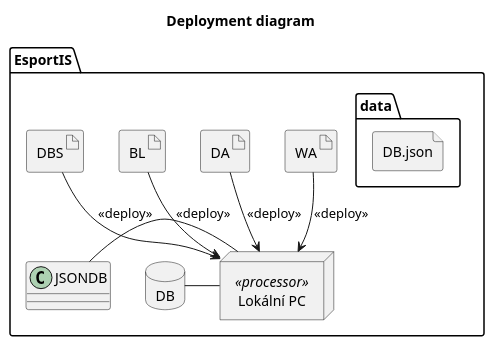
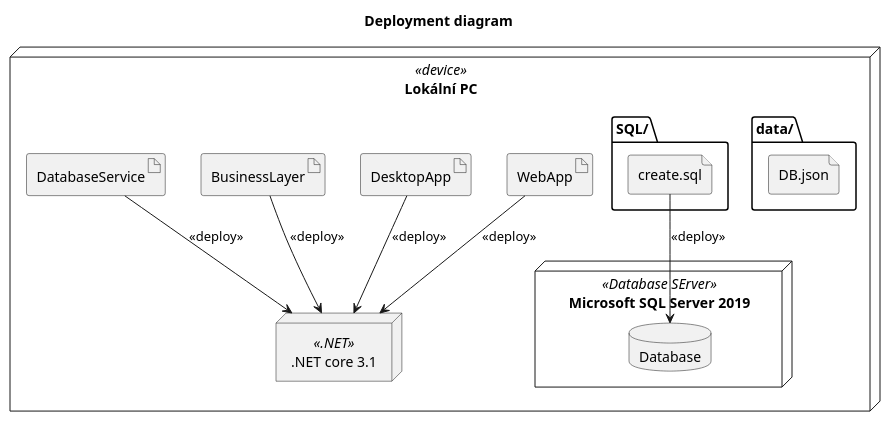
The diagram in DeploymentDiagram.puml (dminikm/EsportsIS), drawn with PlantUML before and after one commit. The commit also changed 1 other file, not shown here.

Commit message:
Diagram changes

```diff
--- a/DeploymentDiagram.puml
+++ b/DeploymentDiagram.puml
@@ -1,44 +1,31 @@
 @startuml
 title Deployment diagram
 
-package "EsportIS" {
-    node "Lokální PC" <<processor>> as PC {
+node "Lokální PC" <<device>> as PC {
+    node ".NET core 3.1" <<.NET>> as DN
 
+    node "Microsoft SQL Server 2019" <<Database SErver>> {
+        database "Database" as DB
     }
 
-    WA --> PC : <<deploy>>
-    DA --> PC : <<deploy>>
-    BL --> PC : <<deploy>>
-    DBS --> PC : <<deploy>>
-
-    DB - PC
-    JSONDB - PC
-
-    artifact "WebApp" as WA {
-
+    folder "data/" {
+        file "DB.json" as JSONDB
     }
 
-    artifact "DesktopApp" as DA {
-
+    folder "SQL/" {
+        file "create.sql" as CRSQL
     }
 
-    artifact "BusinessLayer" as BL {
+    artifact "WebApp" as WA
+    artifact "DesktopApp" as DA
+    artifact "BusinessLayer" as BL
+    artifact "DatabaseService" as DBS
 
-    }
-   
-    artifact "DatabaseService" as DBS {
+    WA --> DN : <<deploy>>
+    DA --> DN : <<deploy>>
+    BL --> DN : <<deploy>>
+    DBS --> DN : <<deploy>>
 
-    }
-
-    database "MSSQL" as DB {
-
-    }
-
-    folder "data" {
-        file "DB.json" as JSONDB {
-
-        }
-    }
+    CRSQL --> DB : <<deploy>>
 }
-
 @enduml
```
